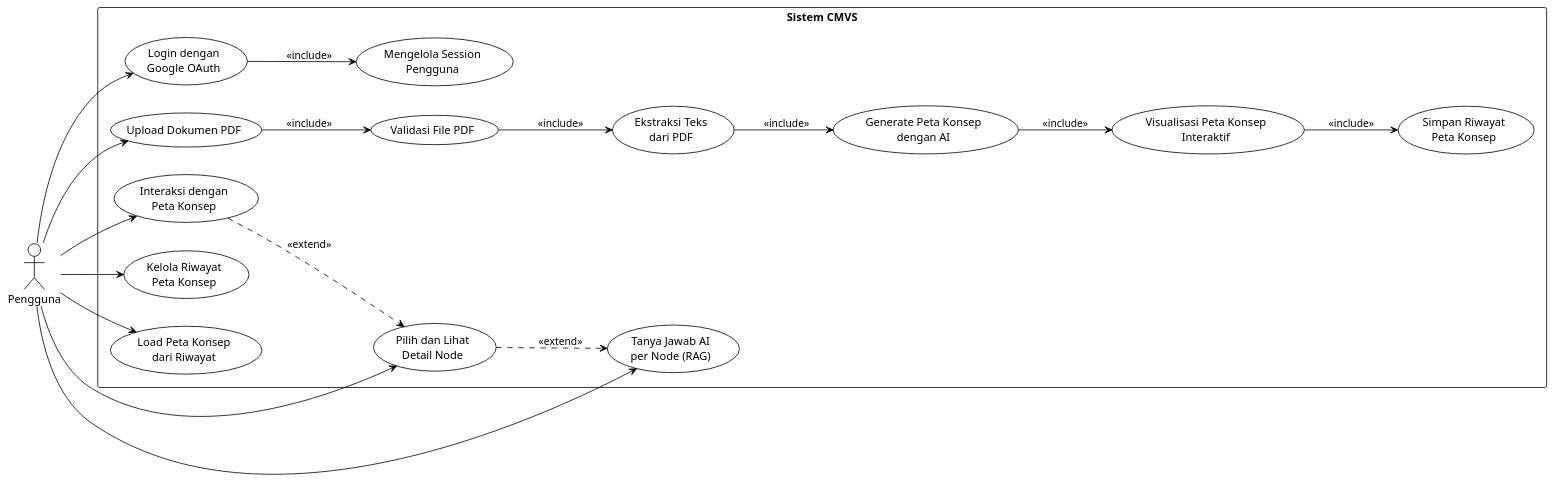
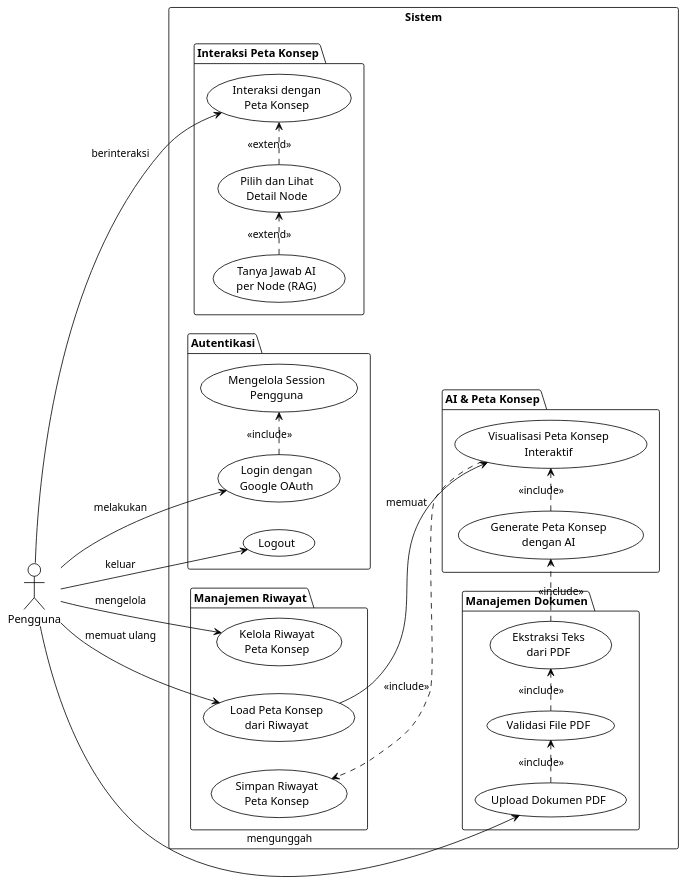
The seventh of 9 diagrams in GRAPH.md (edu-rag/vizmind-ai), drawn with PlantUML before and after one commit. The commit also changed other lines of this file, not shown here.

Commit message:
feat: enhance activity and sequence diagrams for improved workflow clarity

````diff
--- a/GRAPH.md
+++ b/GRAPH.md
@@ -113,58 +269,67 @@
 ```plantuml
 @startuml
 !theme plain
 left to right direction
 
 ' Aktor
 actor "Pengguna" as User
 
 ' Sistem boundary
-rectangle "Sistem CMVS" {
+rectangle "Sistem" {
   
-  ' Use Cases - Autentikasi
-  usecase "Login dengan\nGoogle OAuth" as UC1
-  usecase "Mengelola Session\nPengguna" as UC2
+  ' Package untuk grouping use cases
+  package "Autentikasi" {
+    usecase "Login dengan\nGoogle OAuth" as UC1
+    usecase "Mengelola Session\nPengguna" as UC2
+    usecase "Logout" as UC14
+  }
   
-  ' Use Cases - Manajemen Dokumen
-  usecase "Upload Dokumen PDF" as UC3
-  usecase "Validasi File PDF" as UC4
+  package "Manajemen Dokumen" {
+    usecase "Upload Dokumen PDF" as UC3
+    usecase "Validasi File PDF" as UC4
+    usecase "Ekstraksi Teks\ndari PDF" as UC5
+  }
   
-  ' Use Cases - AI & Peta Konsep
-  usecase "Ekstraksi Teks\ndari PDF" as UC5
-  usecase "Generate Peta Konsep\ndengan AI" as UC6
-  usecase "Visualisasi Peta Konsep\nInteraktif" as UC7
+  package "AI & Peta Konsep" {
+    usecase "Generate Peta Konsep\ndengan AI" as UC6
+    usecase "Visualisasi Peta Konsep\nInteraktif" as UC7
+  }
   
-  ' Use Cases - Interaksi
-  usecase "Interaksi dengan\nPeta Konsep" as UC8
-  usecase "Pilih dan Lihat\nDetail Node" as UC9
-  usecase "Tanya Jawab AI\nper Node (RAG)" as UC10
+  package "Interaksi Peta Konsep" {
+    usecase "Interaksi dengan\nPeta Konsep" as UC8
+    usecase "Pilih dan Lihat\nDetail Node" as UC9
+    usecase "Tanya Jawab AI\nper Node (RAG)" as UC10
+  }
   
-  ' Use Cases - Riwayat
-  usecase "Simpan Riwayat\nPeta Konsep" as UC11
-  usecase "Kelola Riwayat\nPeta Konsep" as UC12
-  usecase "Load Peta Konsep\ndari Riwayat" as UC13
+  package "Manajemen Riwayat" {
+    usecase "Simpan Riwayat\nPeta Konsep" as UC11
+    usecase "Kelola Riwayat\nPeta Konsep" as UC12
+    usecase "Load Peta Konsep\ndari Riwayat" as UC13
+  }
 }
 
-' Koneksi User dengan Use Cases
-User --> UC1
-User --> UC3
-User --> UC8
-User --> UC9
-User --> UC10
-User --> UC12
-User --> UC13
+' Koneksi User dengan Use Cases (primary use cases)
+User --> UC1 : "melakukan"
+User --> UC3 : "mengunggah"
+User --> UC8 : "berinteraksi"
+User --> UC12 : "mengelola"
+User --> UC13 : "memuat ulang"
+User --> UC14 : "keluar"
 
-' Include relationships (otomatis terjadi)
-UC1 --> UC2 : <<include>>
-UC3 --> UC4 : <<include>>
-UC4 --> UC5 : <<include>>
-UC5 --> UC6 : <<include>>
-UC6 --> UC7 : <<include>>
-UC7 --> UC11 : <<include>>
+' Include relationships (base use case includes another)
+UC1 .> UC2 : <<include>>
+UC3 .> UC4 : <<include>>
+UC4 .> UC5 : <<include>>
+UC5 .> UC6 : <<include>>
+UC6 .> UC7 : <<include>>
+UC7 .> UC11 : <<include>>
 
-' Extend relationships (opsional)
-UC8 ..> UC9 : <<extend>>
-UC9 ..> UC10 : <<extend>>
+' Extend relationships (extending use case extends base)
+UC9 .> UC8 : <<extend>>
+UC10 .> UC9 : <<extend>>
+
+' Additional dependencies
+UC13 --> UC7 : "memuat"
 
 @enduml
 ```
````
